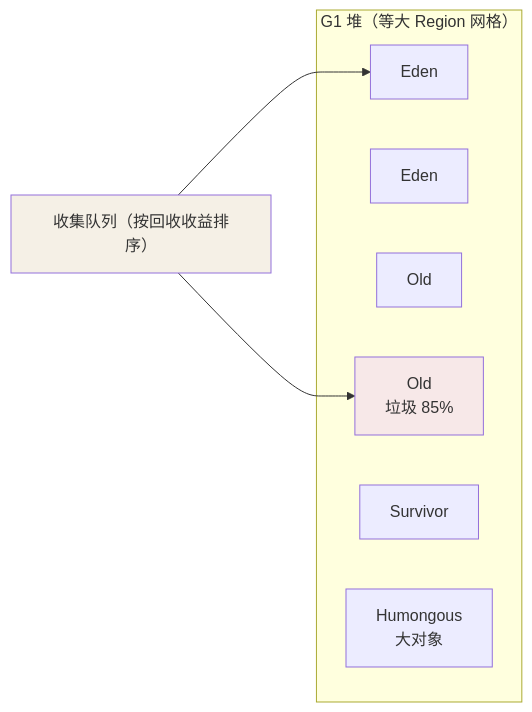
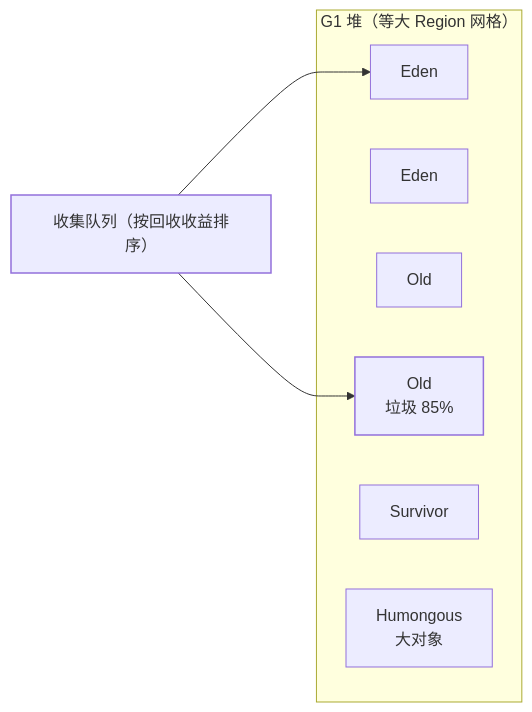
Before and after one commit to Loadhao/ascension: the fourth of 4 diagrams in src/content/docs/java/advanced/jvm/03-garbage-collection.md, drawn with Mermaid. The commit also changed other lines of this file and 87 other files, not shown here.

First line of the commit message:
fix: 全站图表配色改由主题接管，修复暗色主题下浅底浅字看不清

````diff
--- a/src/content/docs/java/advanced/jvm/03-garbage-collection.md
+++ b/src/content/docs/java/advanced/jvm/03-garbage-collection.md
@@ -111,16 +113,18 @@
 ```mermaid
 flowchart LR
     subgraph G1HEAP["G1 堆（等大 Region 网格）"]
         E1["Eden"] 
         E2["Eden"]
         O1["Old"]
         O2["Old<br/>垃圾 85%"]
         S["Survivor"]
         H["Humongous<br/>大对象"]
     end
     C["收集队列（按回收收益排序）"] --> O2
     C --> E1
 
-    style O2 fill:#f7e8e8
-    style C fill:#f5f0e6
+    class O2 bad
+    class C hl
+    classDef bad stroke-width:1.5px
+    classDef hl stroke-width:1.5px
 ```
````
